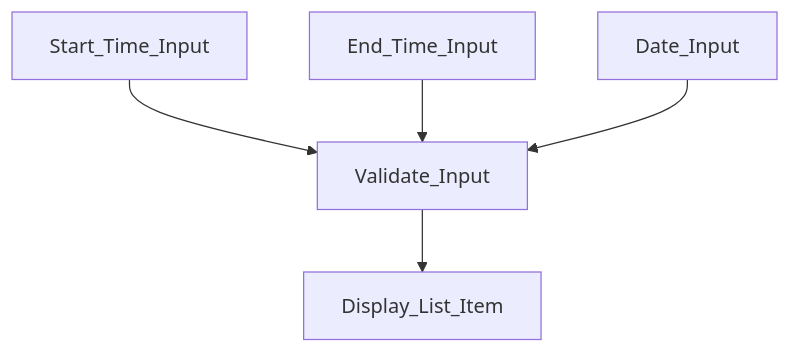
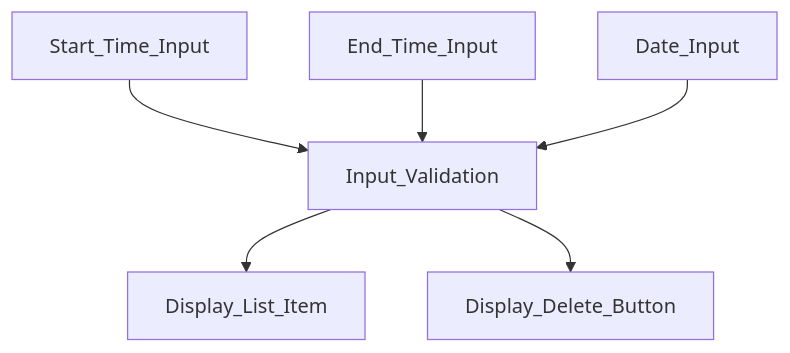
The diagram in team/m3/joshua-swaida/feature-sequence-diagram.md (alishasrivas/Coordin8), drawn with Mermaid before and after one commit. The commit also changed other lines of this file, not shown here.

Commit message:
Improved mermaid diagram for InteractiveTimesList

````diff
--- a/team/m3/joshua-swaida/feature-sequence-diagram.md
+++ b/team/m3/joshua-swaida/feature-sequence-diagram.md
@@ -3,7 +3,8 @@
 ```mermaid
 graph TD;
-    Start_Time_Input-->Validate_Input;
-    End_Time_Input-->Validate_Input;
-    Date_Input-->Validate_Input;
-    Validate_Input-->Display_List_Item;
+    Start_Time_Input-->Input_Validation;
+    End_Time_Input-->Input_Validation;
+    Date_Input-->Input_Validation;
+    Input_Validation-->Display_List_Item;
+    Input_Validation-->Display_Delete_Button;
 ```
````
